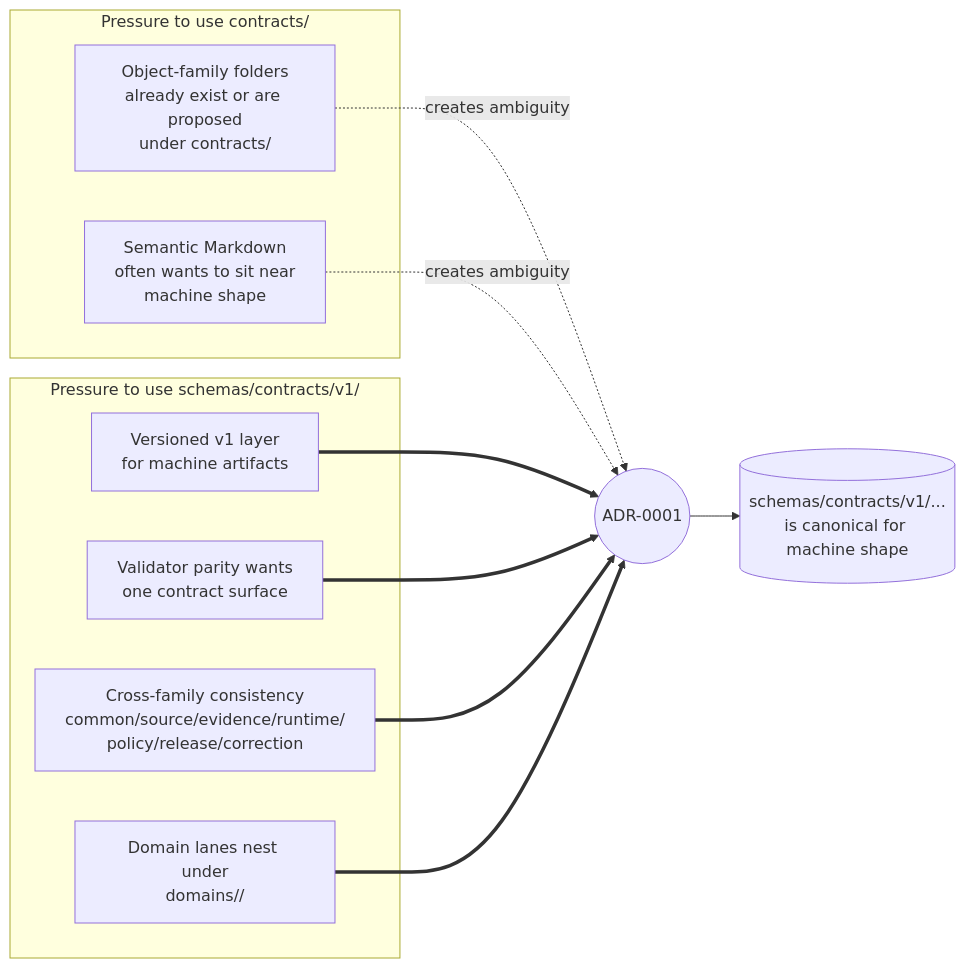
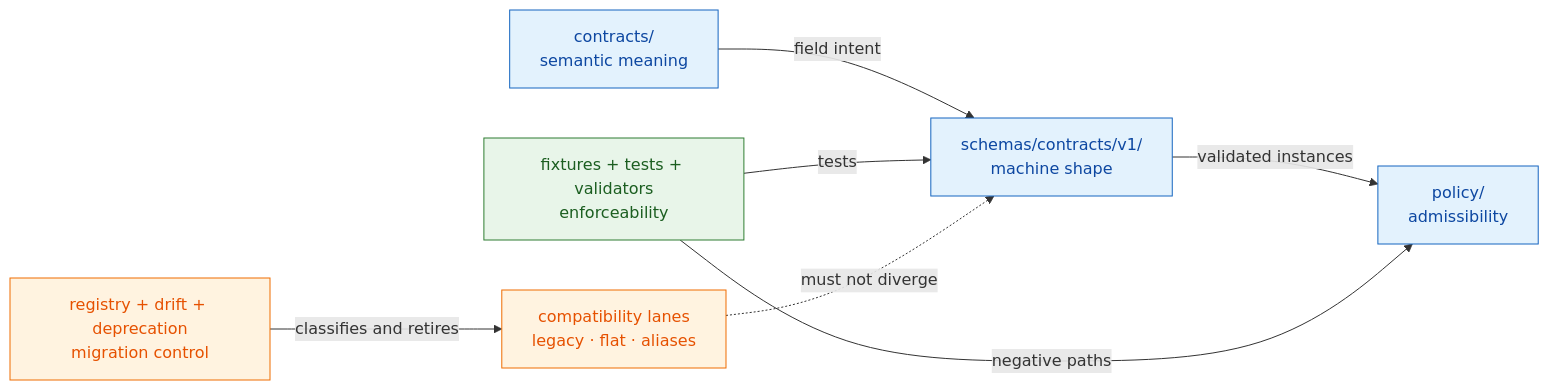
The first of 2 diagrams in docs/adr/ADR-0001-schema-home--schemas-contracts-v1-is-canonical.md (bartytime4life/Kansas-Frontier-Matrix), drawn with Mermaid before and after one commit. The commit also changed other lines of this file, not shown here.

Commit message:
docs(adr): modernize schema-home decision record

````diff
--- a/docs/adr/ADR-0001-schema-home--schemas-contracts-v1-is-canonical.md
+++ b/docs/adr/ADR-0001-schema-home--schemas-contracts-v1-is-canonical.md
@@ -132,22 +184,23 @@
 ```mermaid
 flowchart LR
-    subgraph "Pressure to use contracts/"
-      A["Object-family folders<br/>already exist or are proposed<br/>under contracts/"]
-      B["Semantic Markdown<br/>often wants to sit near<br/>machine shape"]
-    end
+    C["contracts/<br/>semantic meaning"]
+    S["schemas/contracts/v1/<br/>machine shape"]
+    P["policy/<br/>admissibility"]
+    F["fixtures + tests + validators<br/>enforceability"]
+    X["compatibility lanes<br/>legacy · flat · aliases"]
+    R["registry + drift + deprecation<br/>migration control"]
 
-    subgraph "Pressure to use schemas/contracts/v1/"
-      C["Versioned v1 layer<br/>for machine artifacts"]
-      D["Validator parity wants<br/>one contract surface"]
-      E["Cross-family consistency<br/>common/source/evidence/runtime/<br/>policy/release/correction"]
-      F["Domain lanes nest under<br/>domains/<domain>/"]
-    end
+    C -->|field intent| S
+    S -->|validated instances| P
+    F -->|tests| S
+    F -->|negative paths| P
+    X -. must not diverge .-> S
+    R -->|classifies and retires| X
 
-    A -. creates ambiguity .-> X((ADR-0001))
-    B -. creates ambiguity .-> X
-    C ==> X
-    D ==> X
-    E ==> X
-    F ==> X
-    X --> R[("schemas/contracts/v1/...<br/>is canonical for machine shape")]
+    classDef authority fill:#e3f2fd,stroke:#1565c0,color:#0d47a1
+    classDef proof fill:#e8f5e9,stroke:#2e7d32,color:#1b5e20
+    classDef debt fill:#fff3e0,stroke:#ef6c00,color:#e65100
+    class C,S,P authority
+    class F proof
+    class X,R debt
 ```
````
